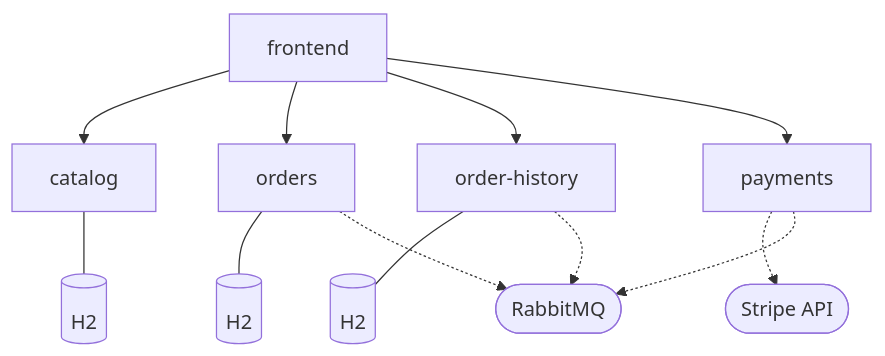
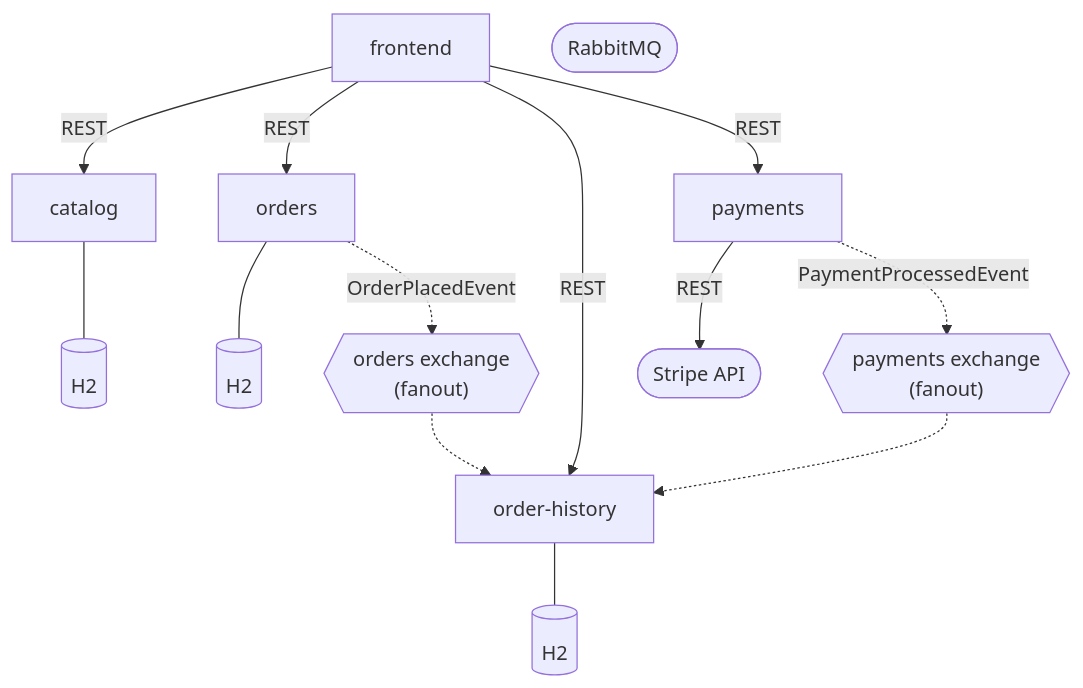
The diagram in docs/architecture.md (btjimerson/cloud-cart), drawn with Mermaid before and after one commit. The commit also changed other lines of this file and 2 other files, not shown here.

Commit message:
Document event choreography and loose coupling patterns
- Add loose coupling language to README background section
- Enhance architecture diagram with fanout exchanges and event flow
- Add Patterns section to architecture doc covering database-per-service,
  event choreography, loose coupling, and correlation IDs
- Add loose coupling talking point to demo script

````diff
--- a/docs/architecture.md
+++ b/docs/architecture.md
@@ -1,30 +1,34 @@
 ```mermaid
 graph TD
     frontend["frontend"]
 
     catalog["catalog"]
     orders["orders"]
     order-history["order-history"]
     payments["payments"]
 
     catalog_db[("H2")]
     orders_db[("H2")]
     order_history_db[("H2")]
 
     stripe(["Stripe API"])
     rabbitmq(["RabbitMQ"])
 
-    frontend --> catalog
-    frontend --> orders
-    frontend --> order-history
-    frontend --> payments
+    orders_exchange{{"orders exchange\n(fanout)"}}
+    payments_exchange{{"payments exchange\n(fanout)"}}
+
+    frontend -->|REST| catalog
+    frontend -->|REST| orders
+    frontend -->|REST| order-history
+    frontend -->|REST| payments
 
     catalog --- catalog_db
     orders --- orders_db
     order-history --- order_history_db
 
-    payments -.-> stripe
-    payments -.-> rabbitmq
-    orders -.-> rabbitmq
-    order-history -.-> rabbitmq
+    payments -->|REST| stripe
+    orders -.->|OrderPlacedEvent| orders_exchange
+    payments -.->|PaymentProcessedEvent| payments_exchange
+    orders_exchange -.-> order-history
+    payments_exchange -.-> order-history
 ```
````
